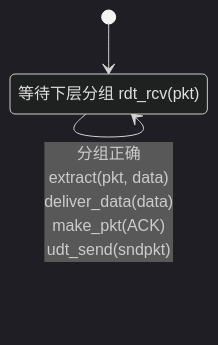
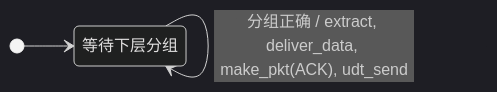
The tenth of 28 diagrams in src/content/posts/运输层.md (Meer-Matze/Meer-Matze.github.io), drawn with Mermaid (dark theme) before and after one commit. The commit also changed other lines of this file and 1 other file, not shown here.

````diff
--- a/src/content/posts/运输层.md
+++ b/src/content/posts/运输层.md
@@ -504,8 +382,8 @@
 ```mermaid
 stateDiagram-v2
-    direction TB
+    direction LR
     [*] --> WaitPkt
-    WaitPkt: 等待下层分组 rdt_rcv(pkt)
-    WaitPkt --> WaitPkt: 分组损坏<br/>make_pkt(NAK)<br/>udt_send(sndpkt)
-    WaitPkt --> WaitPkt: 分组正确<br/>extract(pkt, data)<br/>deliver_data(data)<br/>make_pkt(ACK)<br/>udt_send(sndpkt)
+    WaitPkt: 等待下层分组
+    WaitPkt --> WaitPkt: 分组损坏 / make_pkt(NAK), udt_send
+    WaitPkt --> WaitPkt: 分组正确 / extract, deliver_data, make_pkt(ACK), udt_send
 ```
````
